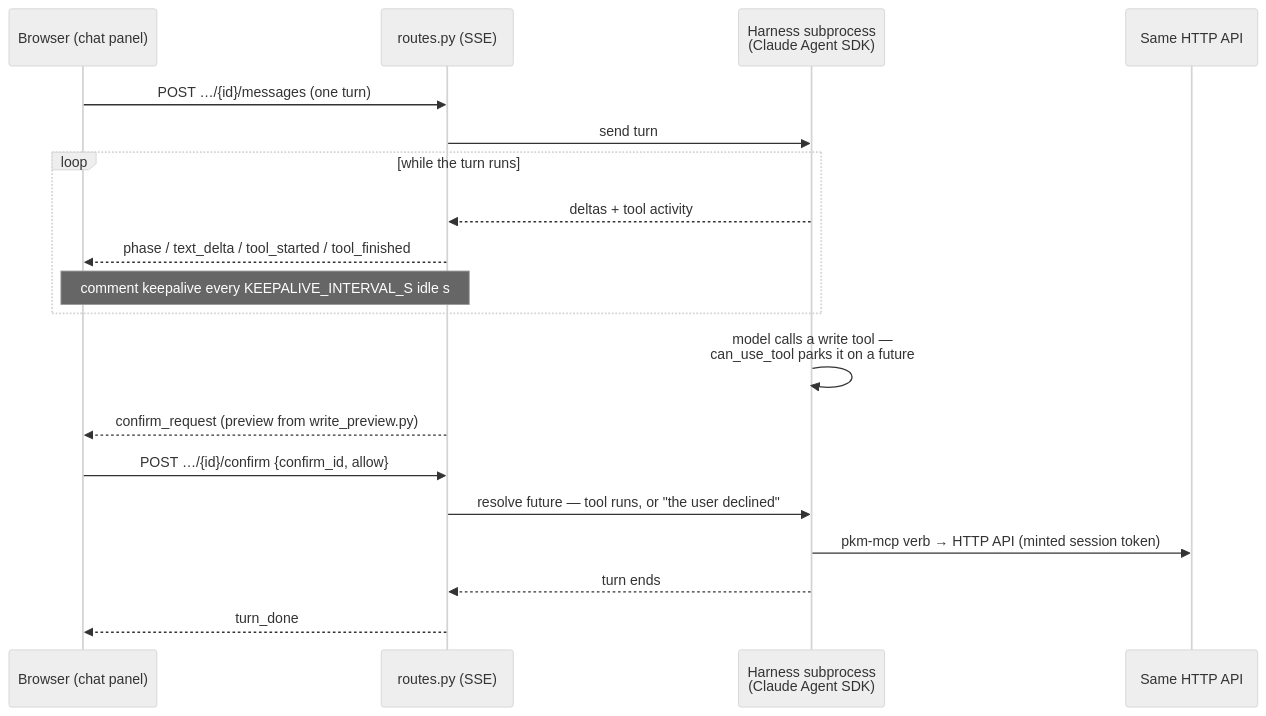
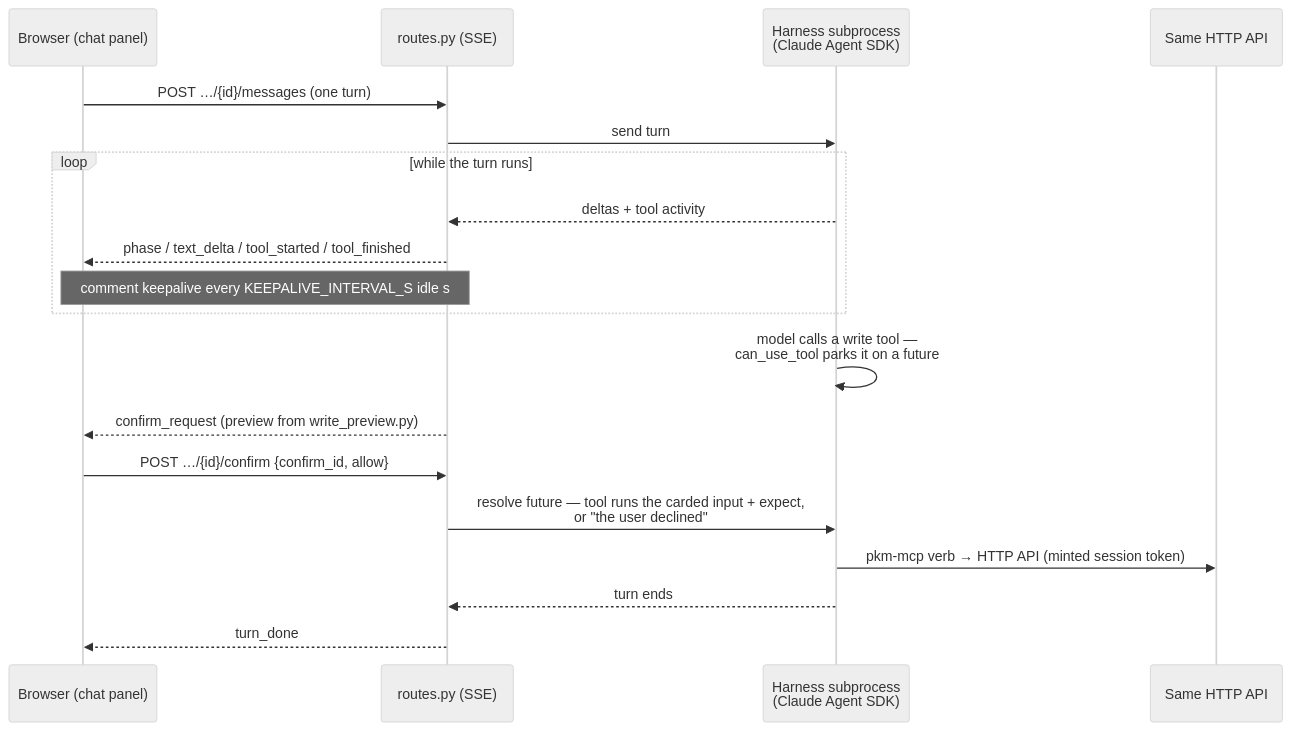
The first of 2 diagrams in docs/architecture/assistant.md (ArthurClune/pkm-system), drawn with Mermaid (neutral theme) before and after one commit. The commit also changed other lines of this file and 3 other files, not shown here.

````diff
--- a/docs/architecture/assistant.md
+++ b/docs/architecture/assistant.md
@@ -33,22 +33,22 @@
 ```mermaid
 sequenceDiagram
     participant B as Browser (chat panel)
     participant R as routes.py (SSE)
     participant H as Harness subprocess<br/>(Claude Agent SDK)
     participant A as Same HTTP API
 
     B->>R: POST …/{id}/messages (one turn)
     R->>H: send turn
     loop while the turn runs
         H-->>R: deltas + tool activity
         R-->>B: phase / text_delta / tool_started / tool_finished
         Note over R,B: comment keepalive every KEEPALIVE_INTERVAL_S idle s
     end
     H->>H: model calls a write tool —<br/>can_use_tool parks it on a future
     R-->>B: confirm_request (preview from write_preview.py)
     B->>R: POST …/{id}/confirm {confirm_id, allow}
-    R->>H: resolve future — tool runs, or "the user declined"
+    R->>H: resolve future — tool runs the carded input + expect,<br/>or "the user declined"
     H->>A: pkm-mcp verb → HTTP API (minted session token)
     H-->>R: turn ends
     R-->>B: turn_done
 ```
````
